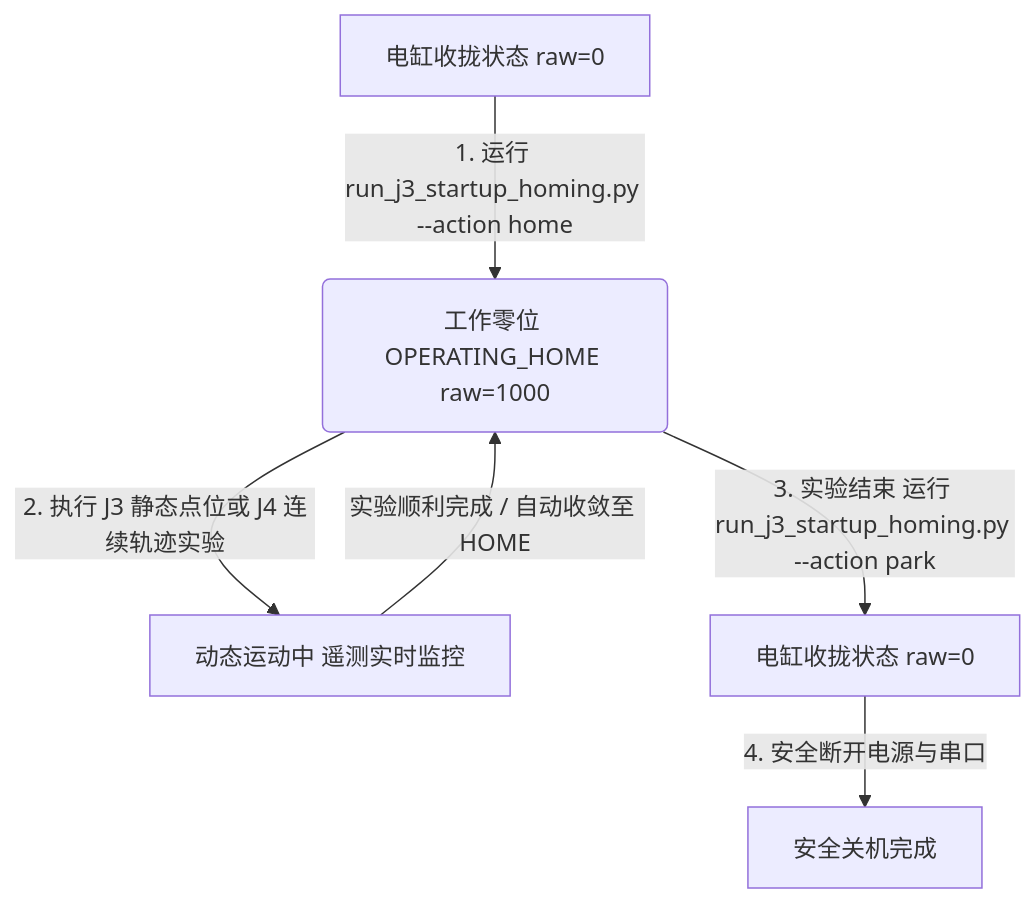
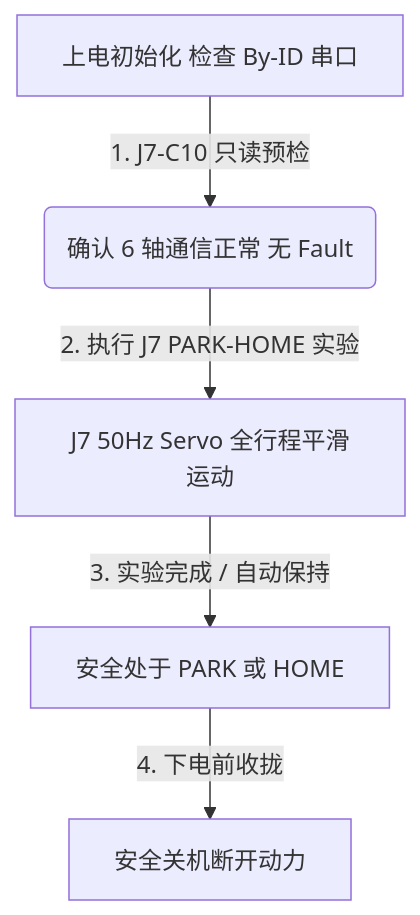
One commit to LiorenYuhang/6pus-bone-drill-position-control changed the diagram in 6PUS_REAL_HARDWARE_OPERATION_GUIDE.md. Above: the diagram before and after it, drawn with Mermaid. The commit also changed other lines of this file and 4 other files, not shown here.

````diff
--- a/6PUS_REAL_HARDWARE_OPERATION_GUIDE.md
+++ b/6PUS_REAL_HARDWARE_OPERATION_GUIDE.md
@@ -125,8 +147,7 @@
 ```mermaid
 graph TD
-    A[电缸收拢状态 raw=0] -->|1. 运行 run_j3_startup_homing.py --action home| B(工作零位 OPERATING_HOME raw=1000)
-    B -->|2. 执行 J3 静态点位或 J4 连续轨迹实验| C[动态运动中 遥测实时监控]
-    C -->|实验顺利完成 / 自动收敛至 HOME| B
-    B -->|3. 实验结束 运行 run_j3_startup_homing.py --action park| D[电缸收拢状态 raw=0]
-    D -->|4. 安全断开电源与串口| E[安全关机完成]
+    A[上电初始化 检查 By-ID 串口] -->|1. J7-C10 只读预检| B(确认 6 轴通信正常 无 Fault)
+    B -->|2. 执行 J7 PARK-HOME 实验| C[J7 50Hz Servo 全行程平滑运动]
+    C -->|3. 实验完成 / 自动保持| D[安全处于 PARK 或 HOME]
+    D -->|4. 下电前收拢| E[安全关机断开动力]
 ```
````
